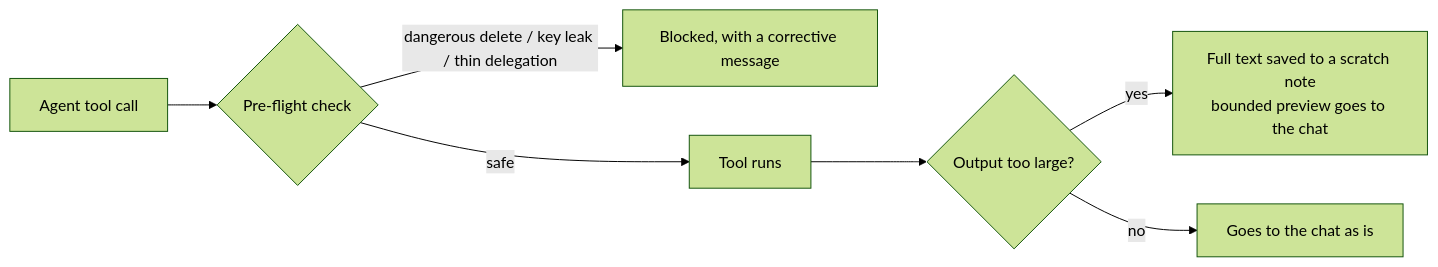
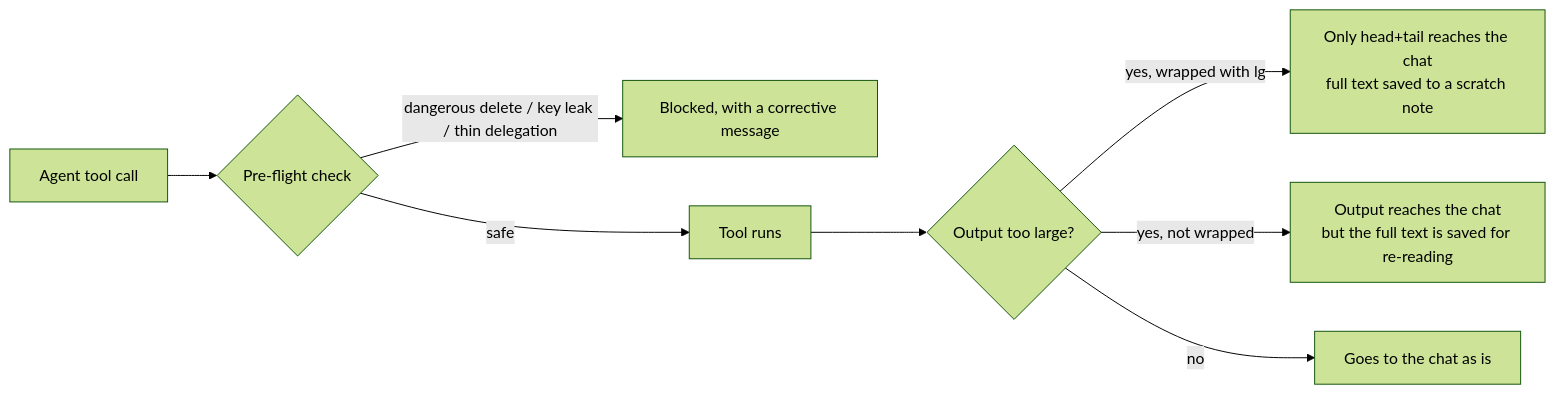
Before and after one commit to caty-ai/context-kit: the diagram in README.md, drawn with Mermaid (forest theme). The commit also changed other lines of this file and 7 other files, not shown here.

````diff
--- a/README.md
+++ b/README.md
@@ -57,9 +57,10 @@
 ```mermaid
 flowchart LR
     A[Agent tool call] --> B{Pre-flight check}
     B -->|dangerous delete / key leak / thin delegation| X[Blocked, with a corrective message]
     B -->|safe| C[Tool runs]
     C --> D{Output too large?}
-    D -->|yes| E[Full text saved to a scratch note<br>bounded preview goes to the chat]
+    D -->|yes, wrapped with lg| E[Only head+tail reaches the chat<br>full text saved to a scratch note]
+    D -->|yes, not wrapped| G[Output reaches the chat<br>but the full text is saved for re-reading]
     D -->|no| F[Goes to the chat as is]
 ```
````
